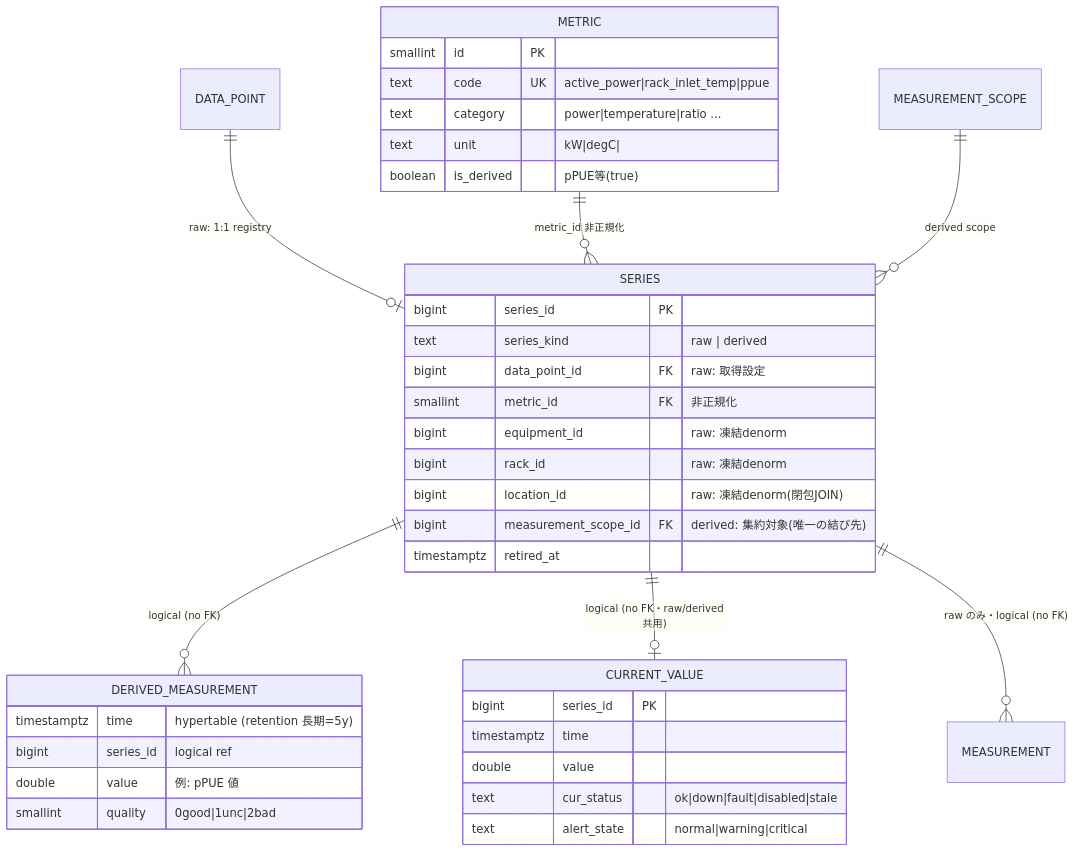
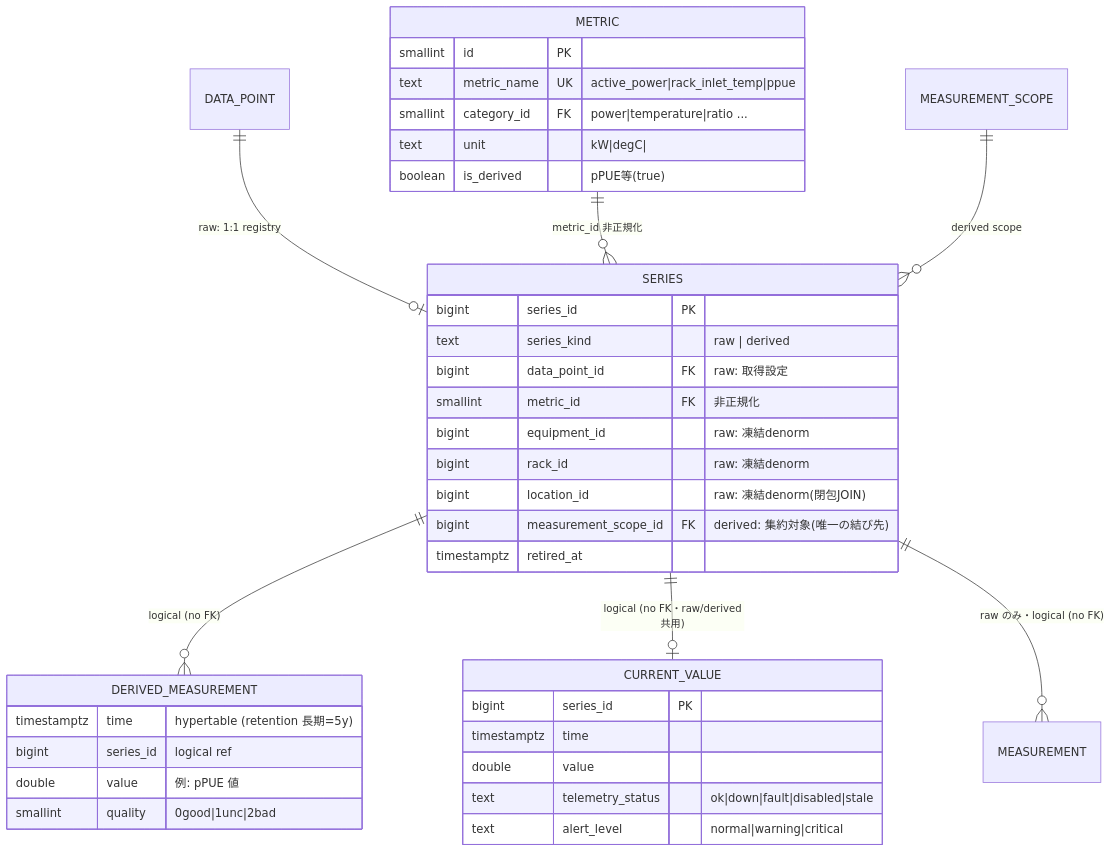
Before and after one commit to hn-11/dcim-schema-design: the fourth of 5 diagrams in 10-measurement-scope-derived-metrics.md, drawn with Mermaid. The commit also changed other lines of this file and 8 other files, not shown here.

First line of the commit message:
refactor(schema): 論理グルーピング追加 + 型制約全面改訂 + 構造リファクタ

````diff
--- a/10-measurement-scope-derived-metrics.md
+++ b/10-measurement-scope-derived-metrics.md
@@ -122,41 +152,41 @@
 ```mermaid
 erDiagram
     DATA_POINT ||--o| SERIES : "raw: 1:1 registry"
     METRIC ||--o{ SERIES : "metric_id 非正規化"
     MEASUREMENT_SCOPE ||--o{ SERIES : "derived scope"
     SERIES ||--o{ DERIVED_MEASUREMENT : "logical (no FK)"
     SERIES ||--o| CURRENT_VALUE : "logical (no FK・raw/derived共用)"
     SERIES ||--o{ MEASUREMENT : "raw のみ・logical (no FK)"
 
     METRIC {
         smallint id PK
-        text code UK "active_power|rack_inlet_temp|ppue"
-        text category "power|temperature|ratio ..."
+        text metric_name UK "active_power|rack_inlet_temp|ppue"
+        smallint category_id FK "power|temperature|ratio ..."
         text unit "kW|degC|"
         boolean is_derived "pPUE等(true)"
     }
     SERIES {
         bigint series_id PK
         text series_kind "raw | derived"
         bigint data_point_id FK "raw: 取得設定"
         smallint metric_id FK "非正規化"
         bigint equipment_id "raw: 凍結denorm"
         bigint rack_id "raw: 凍結denorm"
         bigint location_id "raw: 凍結denorm(閉包JOIN)"
         bigint measurement_scope_id FK "derived: 集約対象(唯一の結び先)"
         timestamptz retired_at
     }
     DERIVED_MEASUREMENT {
         timestamptz time "hypertable (retention 長期=5y)"
         bigint series_id "logical ref"
         double value "例: pPUE 値"
         smallint quality "0good|1unc|2bad"
     }
     CURRENT_VALUE {
         bigint series_id PK
         timestamptz time
         double value
-        text cur_status "ok|down|fault|disabled|stale"
-        text alert_state "normal|warning|critical"
+        text telemetry_status "ok|down|fault|disabled|stale"
+        text alert_level "normal|warning|critical"
     }
 ```
````
